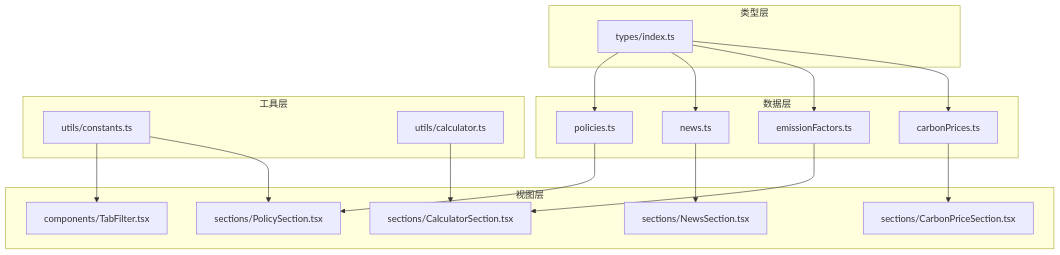
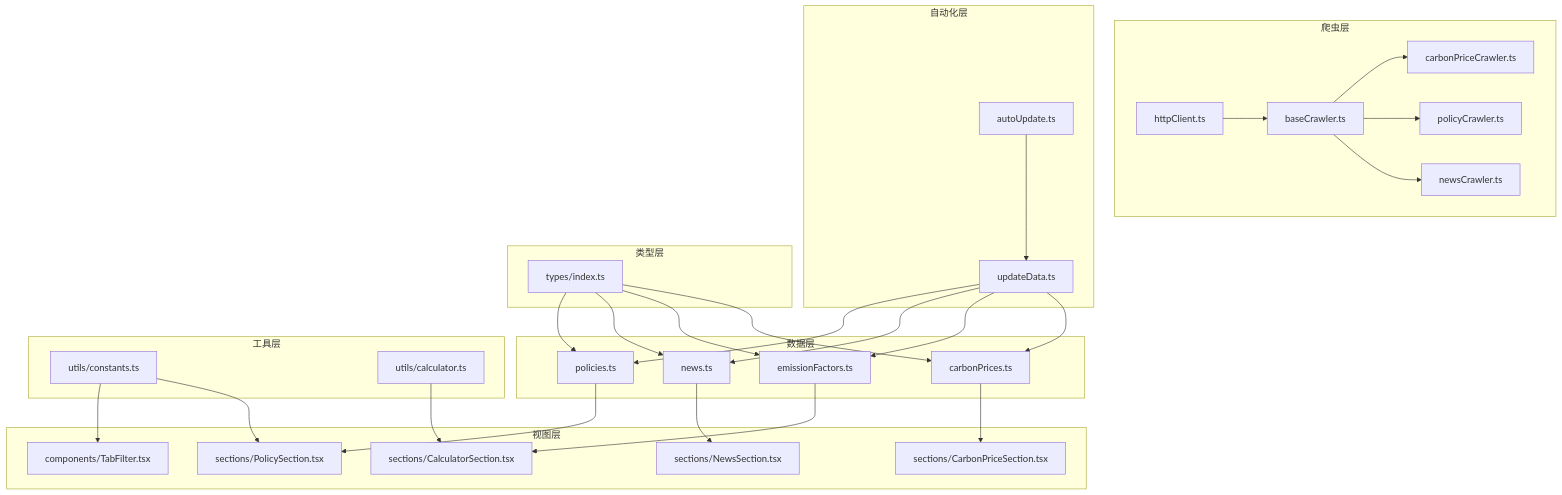
Before and after one commit to liangxuanliang-cmd/carbon-info-agent: the first of 6 diagrams in .qoder/repowiki/zh/content/数据管理/数据管理.md, drawn with Mermaid. The commit also changed other lines of this file and 14 other files, not shown here.

````diff
--- a/.qoder/repowiki/zh/content/数据管理/数据管理.md
+++ b/.qoder/repowiki/zh/content/数据管理/数据管理.md
@@ -44,34 +62,54 @@
 ```mermaid
 graph TB
+subgraph "爬虫层"
+C1["baseCrawler.ts"]
+C2["carbonPriceCrawler.ts"]
+C3["policyCrawler.ts"]
+C4["newsCrawler.ts"]
+U1["httpClient.ts"]
+end
+subgraph "自动化层"
+A1["autoUpdate.ts"]
+A2["updateData.ts"]
+end
 subgraph "数据层"
 D1["carbonPrices.ts"]
 D2["emissionFactors.ts"]
 D3["news.ts"]
 D4["policies.ts"]
 end
 subgraph "类型层"
 T1["types/index.ts"]
 end
 subgraph "工具层"
-U1["utils/constants.ts"]
-U2["utils/calculator.ts"]
+U2["utils/constants.ts"]
+U3["utils/calculator.ts"]
 end
 subgraph "视图层"
 V1["sections/CarbonPriceSection.tsx"]
 V2["sections/PolicySection.tsx"]
 V3["sections/NewsSection.tsx"]
 V4["sections/CalculatorSection.tsx"]
 V5["components/TabFilter.tsx"]
 end
+C1 --> C2
+C1 --> C3
+C1 --> C4
+U1 --> C1
+A1 --> A2
+A2 --> D1
+A2 --> D2
+A2 --> D3
+A2 --> D4
 D1 --> V1
 D2 --> V4
 D3 --> V3
 D4 --> V2
 T1 --> D1
 T1 --> D2
 T1 --> D3
 T1 --> D4
-U1 --> V2
-U1 --> V5
-U2 --> V4
+U2 --> V2
+U2 --> V5
+U3 --> V4
 ```
````
